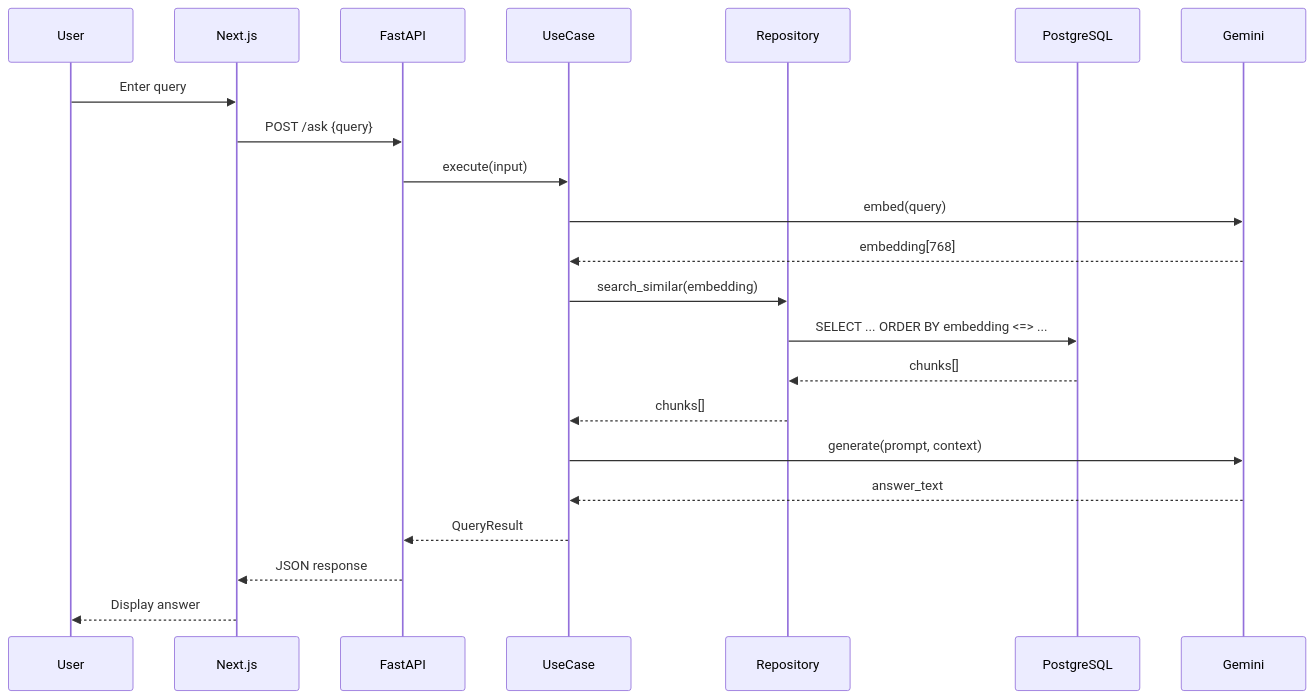
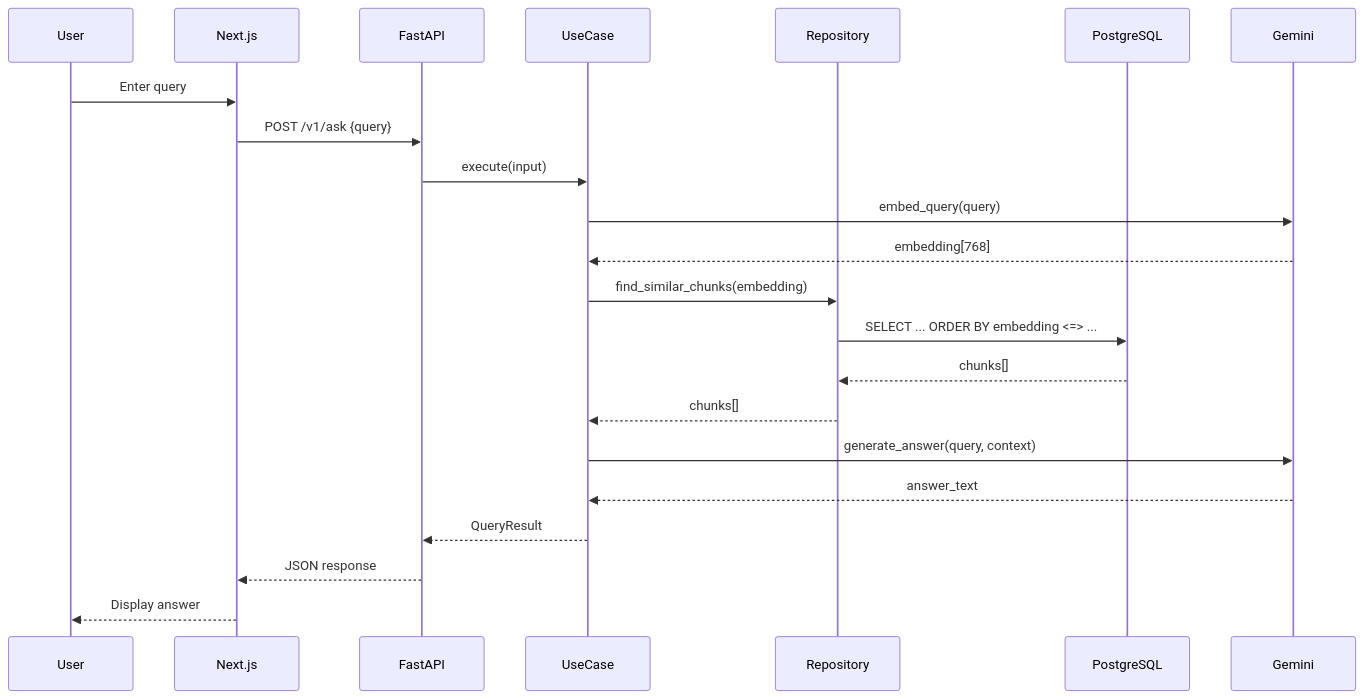
The second of 3 diagrams in doc/diagrams/components.md (SaintWyss/rag-corp), drawn with Mermaid before and after one commit. The commit also changed other lines of this file and 34 other files, not shown here.

````diff
--- a/doc/diagrams/components.md
+++ b/doc/diagrams/components.md
@@ -169,25 +169,25 @@
 ```mermaid
 sequenceDiagram
     participant User
     participant WebApp as Next.js
     participant API as FastAPI
     participant UseCase
     participant Repo as Repository
     participant DB as PostgreSQL
     participant Gemini
 
     User->>WebApp: Enter query
-    WebApp->>API: POST /ask {query}
+    WebApp->>API: POST /v1/ask {query}
     API->>UseCase: execute(input)
-    UseCase->>Gemini: embed(query)
+    UseCase->>Gemini: embed_query(query)
     Gemini-->>UseCase: embedding[768]
-    UseCase->>Repo: search_similar(embedding)
+    UseCase->>Repo: find_similar_chunks(embedding)
     Repo->>DB: SELECT ... ORDER BY embedding <=> ...
     DB-->>Repo: chunks[]
     Repo-->>UseCase: chunks[]
-    UseCase->>Gemini: generate(prompt, context)
+    UseCase->>Gemini: generate_answer(query, context)
     Gemini-->>UseCase: answer_text
     UseCase-->>API: QueryResult
     API-->>WebApp: JSON response
     WebApp-->>User: Display answer
 ```
````
